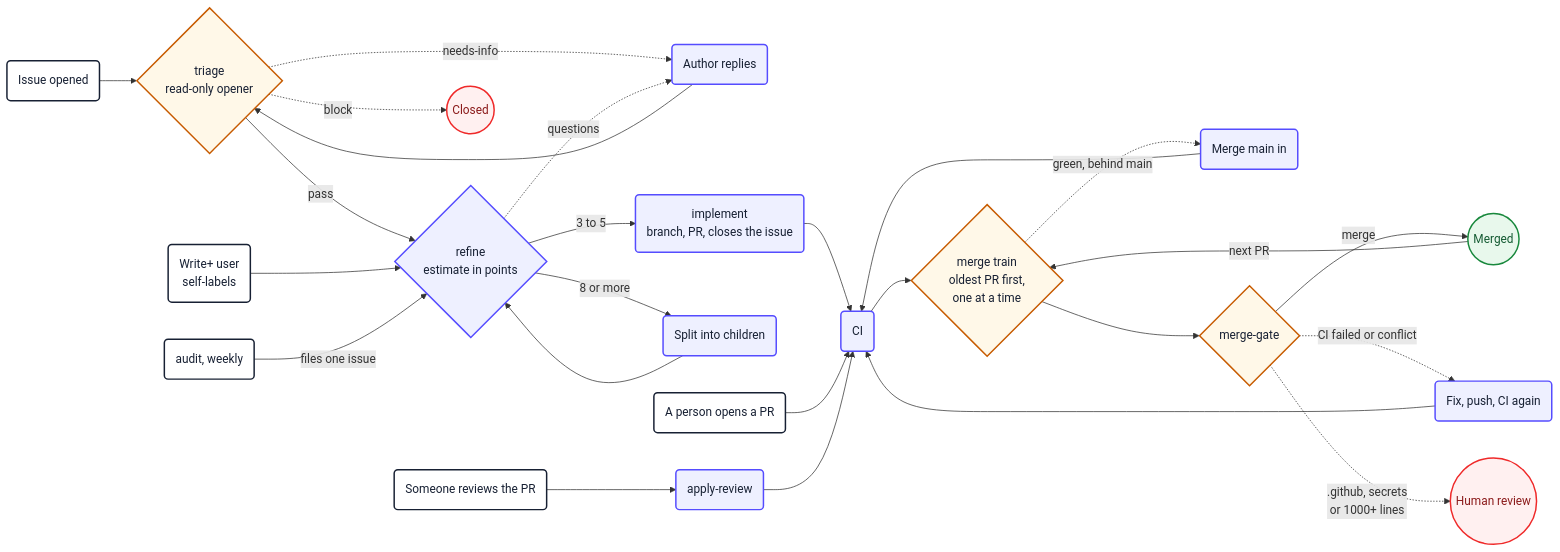
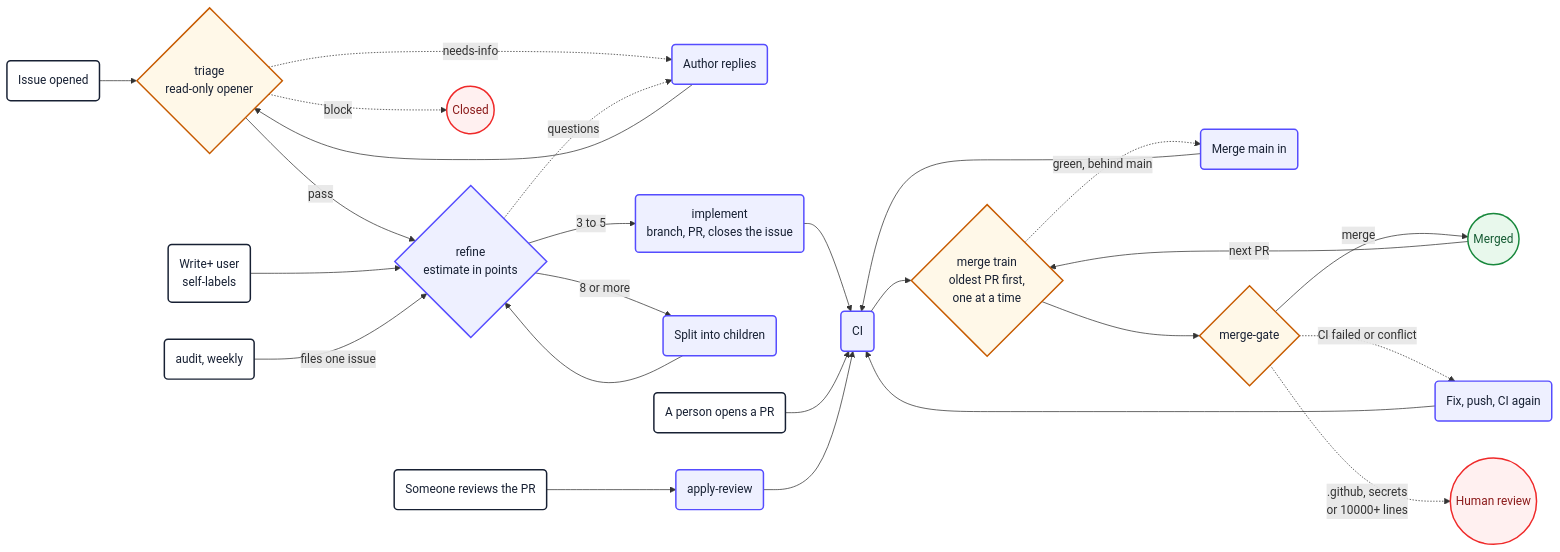
One commit to PlainConceptsPlatform/agentic-workflows changed the second of 15 diagrams in loops/docs/diagrams.md. Above: the diagram before and after it, drawn with Mermaid. The commit also changed other lines of this file and 4 other files, not shown here.

First line of the commit message:
fix(gate): a change is too big to merge unseen at ten thousand lines, not one thousand (1.6.6)

````diff
--- a/loops/docs/diagrams.md
+++ b/loops/docs/diagrams.md
@@ -79,33 +79,33 @@
 ```mermaid
 flowchart LR
     open("Issue opened") --> triage
     triage{"triage<br/>read-only opener"} -->|pass| refine
     triage -.->|block| closed(("Closed"))
     triage -.->|needs-info| author("Author replies") --> triage
     write("Write+ user<br/>self-labels") --> refine
     refine{"refine<br/>estimate in points"} -->|"3 to 5"| implement
     refine -->|"8 or more"| split("Split into children") --> refine
     refine -.->|questions| author
     implement("implement<br/>branch, PR, closes the issue") --> ci("CI")
     person("A person opens a PR") --> ci
     ci --> train{"merge train<br/>oldest PR first,<br/>one at a time"}
     train -.->|"green, behind main"| update("Merge main in") --> ci
     train --> gate{"merge-gate"}
     gate -->|merge| merged(("Merged"))
     merged -->|"next PR"| train
     gate -.->|"CI failed or conflict"| fix("Fix, push, CI again") --> ci
-    gate -.->|".github, secrets<br/>or 1000+ lines"| human(("Human review"))
+    gate -.->|".github, secrets<br/>or 10000+ lines"| human(("Human review"))
     review("Someone reviews the PR") --> applyReview("apply-review") --> ci
     audit("audit, weekly") -->|"files one issue"| refine
 
     classDef action fill:#eef0ff,stroke:#554cff,stroke-width:2px,color:#172033
     classDef decision fill:#fff8e8,stroke:#c75b00,stroke-width:2px,color:#172033
     classDef failure fill:#fff0f0,stroke:#ef2929,stroke-width:2px,color:#8b1a1a
     classDef success fill:#e8f8ec,stroke:#18883c,stroke-width:2px,color:#145a32
     classDef start fill:#ffffff,stroke:#172033,stroke-width:2px,color:#172033
     class open,write,review,audit,person start
     class refine,split,implement,ci,fix,applyReview,author,update action
     class triage,gate,train decision
     class human,closed failure
     class merged success
 ```
````
